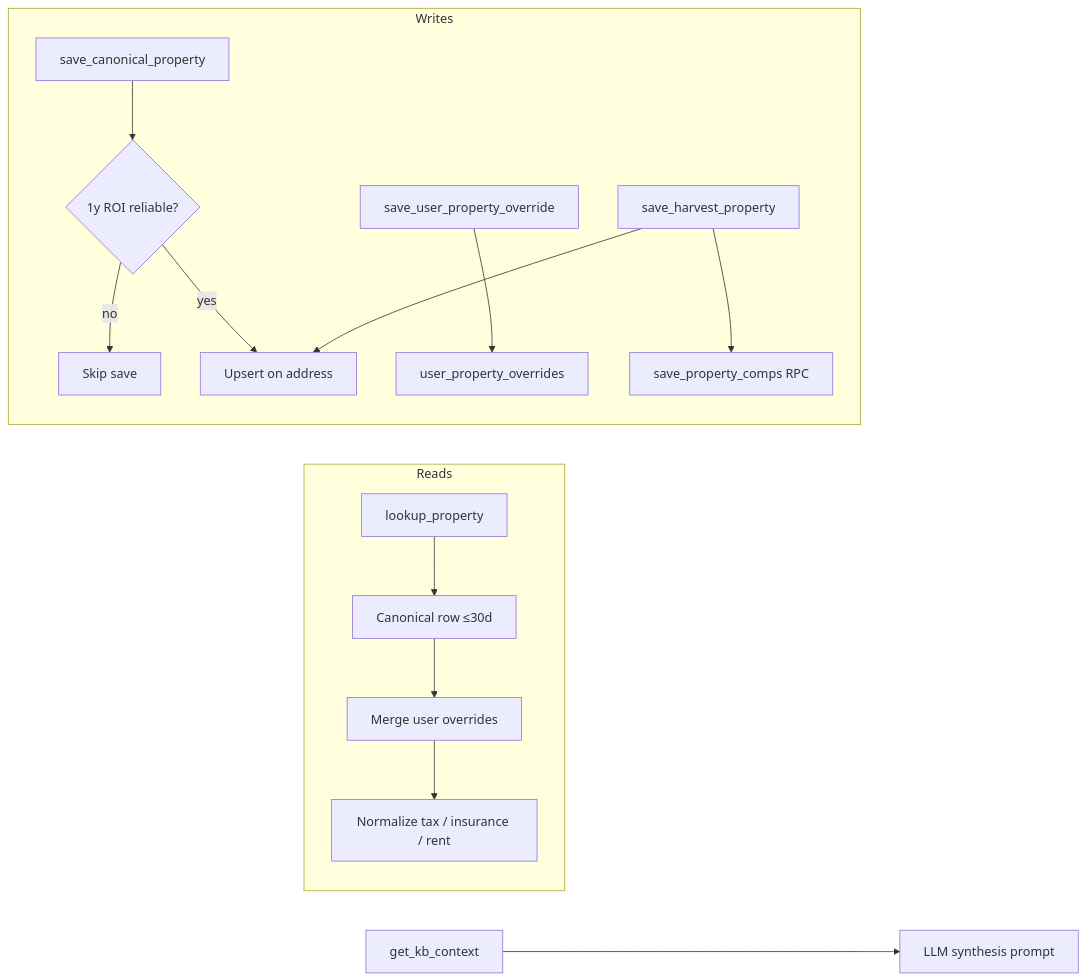
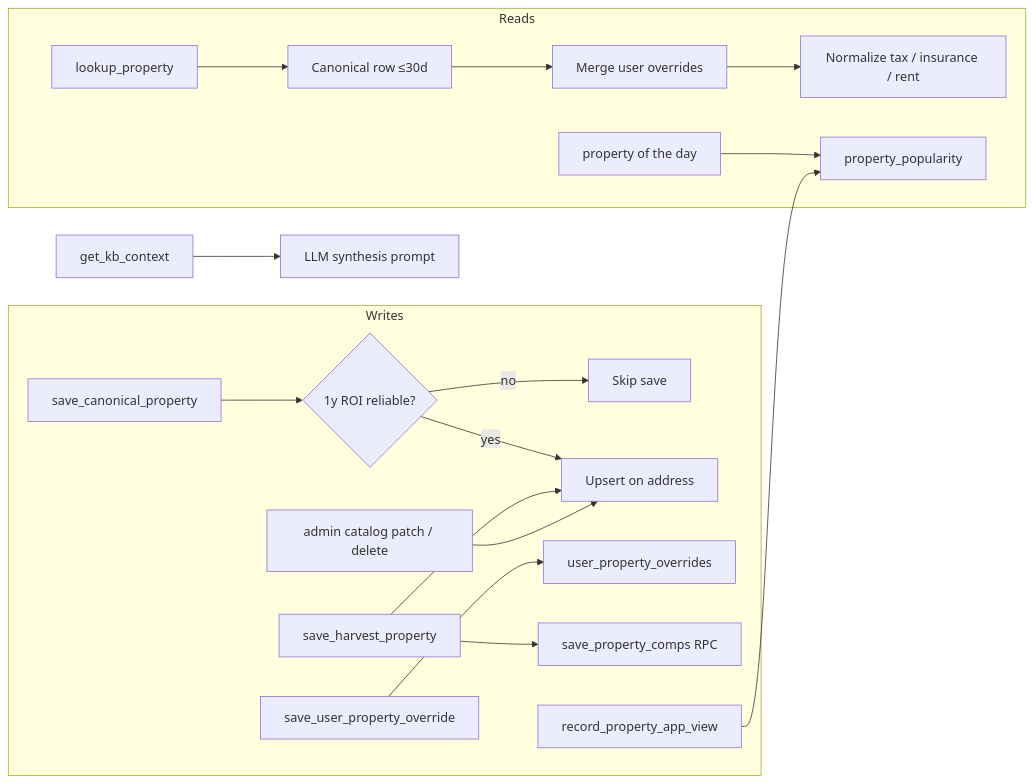
Before and after one commit to Preebg/RealEstateAI: diagram 11 of 12 in README.md, drawn with Mermaid. The commit also changed other lines of this file, not shown here.

First line of the commit message:
Refresh README for Workers architecture

````diff
--- a/README.md
+++ b/README.md
@@ -475,19 +495,22 @@
 ```mermaid
 flowchart LR
     subgraph Reads
         L[lookup_property] --> C[Canonical row ≤30d]
         C --> M[Merge user overrides]
         M --> N[Normalize tax / insurance / rent]
+        POTD[property of the day] --> POP[property_popularity]
     end
 
     subgraph Writes
         S[save_canonical_property] --> ROI{1y ROI reliable?}
         ROI -->|no| REJECT[Skip save]
         ROI -->|yes| UPSERT[Upsert on address]
         O[save_user_property_override] --> OV[user_property_overrides]
         H[save_harvest_property] --> UPSERT
         H --> RPC[save_property_comps RPC]
+        V[record_property_app_view] --> POP
+        ADM[admin catalog patch / delete] --> UPSERT
     end
 
     CTX[get_kb_context] --> PROMPT[LLM synthesis prompt]
 ```
````
